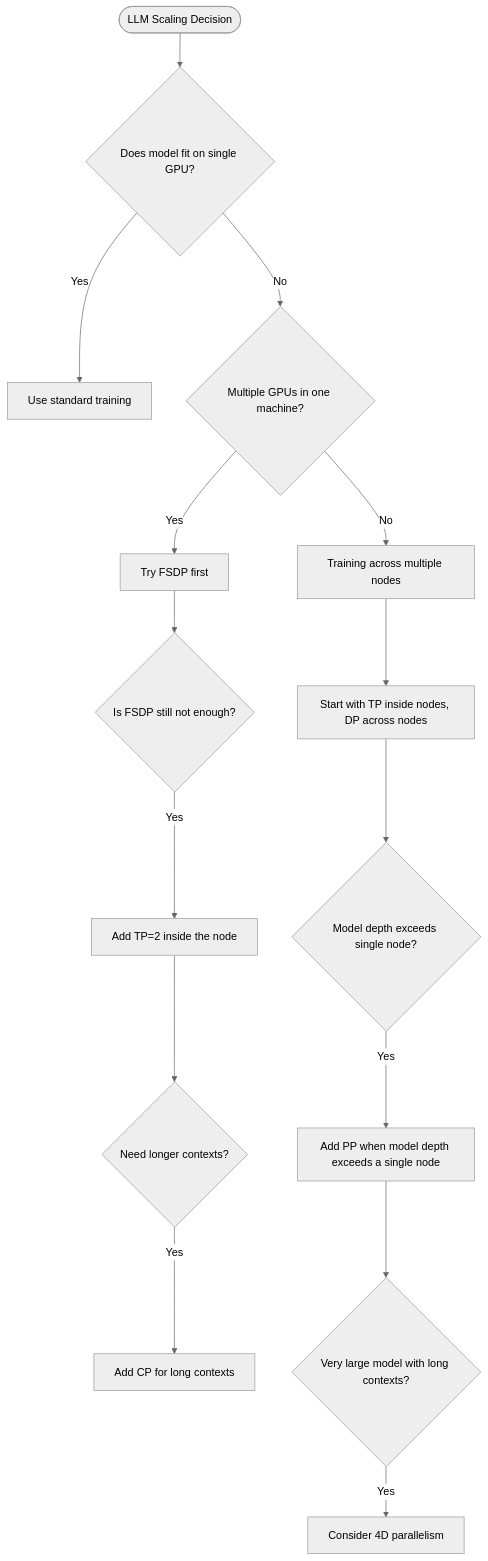
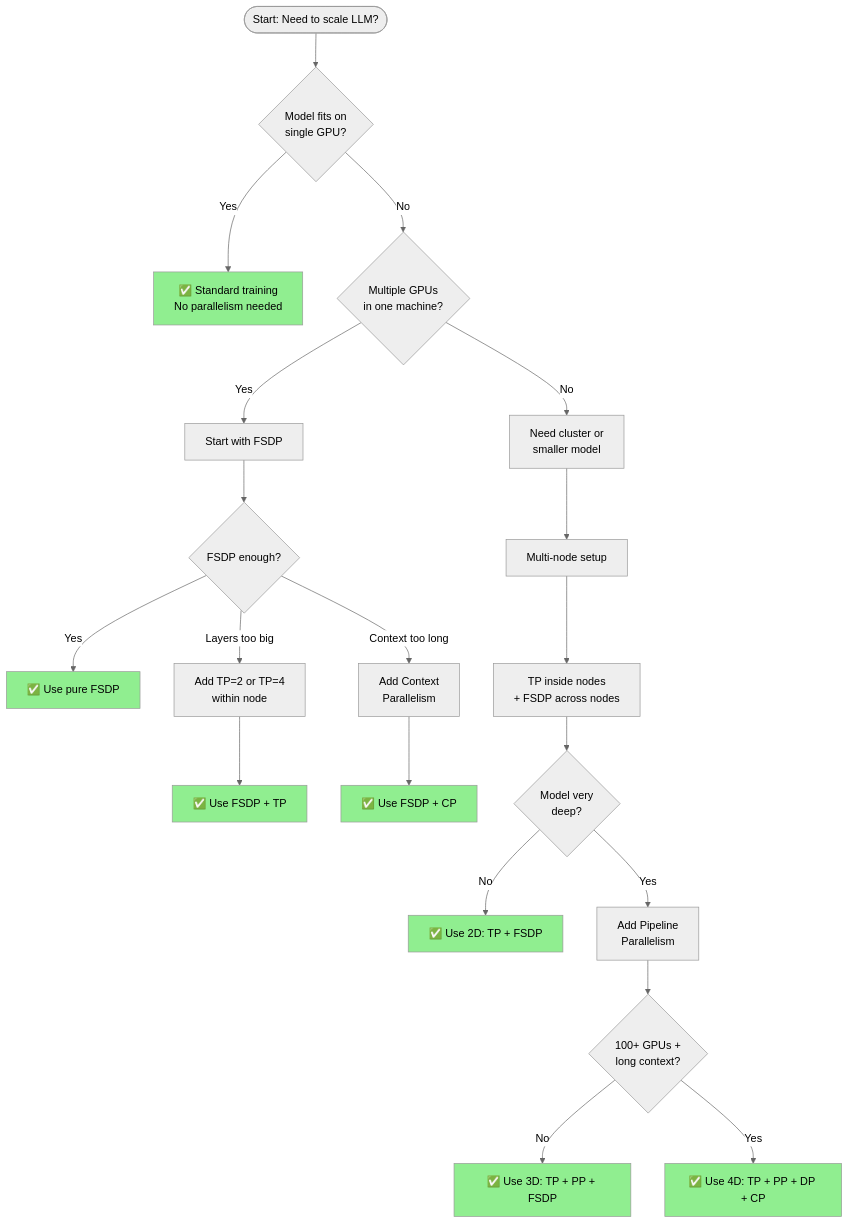
The seventh of 7 diagrams in docs/blog/posts/2025-05-04-scaling-llms.md (slavadubrov/notes), drawn with Mermaid (neutral theme) before and after one commit. The commit also changed other lines of this file and 9 other files, not shown here.

````diff
--- a/docs/blog/posts/2025-05-04-scaling-llms.md
+++ b/docs/blog/posts/2025-05-04-scaling-llms.md
@@ -355,17 +429,37 @@
 ```mermaid
 flowchart TD
-    start([LLM Scaling Decision]) --> fit{Does model fit on single GPU?}
-    fit -->|Yes| dp[Use standard training]
-    fit -->|No| multiple{Multiple GPUs in one machine?}
-    multiple -->|Yes| fsdp[Try FSDP first]
-    multiple -->|No| multinode[Training across multiple nodes]
-    fsdp --> enough{Is FSDP still not enough?}
-    enough -->|Yes| tp[Add TP=2 inside the node]
-    tp --> context{Need longer contexts?}
-    context -->|Yes| cp[Add CP for long contexts]
-    multinode --> hybrid[Start with TP inside nodes, DP across nodes]
-    hybrid --> depth{Model depth exceeds single node?}
-    depth -->|Yes| pp[Add PP when model depth exceeds a single node]
-    pp --> large{Very large model with long contexts?}
-    large -->|Yes| d4[Consider 4D parallelism]
+    start([Start: Need to scale LLM?]) --> fit{Model fits on<br/>single GPU?}
+    
+    fit -->|Yes| done1[✅ Standard training<br/>No parallelism needed]
+    fit -->|No| multi{Multiple GPUs<br/>in one machine?}
+    
+    multi -->|No| cluster[Need cluster or<br/>smaller model]
+    multi -->|Yes| fsdp[Start with FSDP]
+    
+    fsdp --> enough{FSDP enough?}
+    enough -->|Yes| done2[✅ Use pure FSDP]
+    enough -->|Layers too big| tp[Add TP=2 or TP=4<br/>within node]
+    enough -->|Context too long| cp[Add Context<br/>Parallelism]
+    
+    tp --> done3[✅ Use FSDP + TP]
+    cp --> done4[✅ Use FSDP + CP]
+    
+    cluster --> multinode[Multi-node setup]
+    multinode --> hybrid[TP inside nodes<br/>+ FSDP across nodes]
+    
+    hybrid --> depth{Model very<br/>deep?}
+    depth -->|No| done5[✅ Use 2D: TP + FSDP]
+    depth -->|Yes| pp[Add Pipeline<br/>Parallelism]
+    
+    pp --> scale{100+ GPUs +<br/>long context?}
+    scale -->|No| done6[✅ Use 3D: TP + PP + FSDP]
+    scale -->|Yes| done7[✅ Use 4D: TP + PP + DP + CP]
+    
+    style done1 fill:#90EE90
+    style done2 fill:#90EE90
+    style done3 fill:#90EE90
+    style done4 fill:#90EE90
+    style done5 fill:#90EE90
+    style done6 fill:#90EE90
+    style done7 fill:#90EE90
 ```
````
